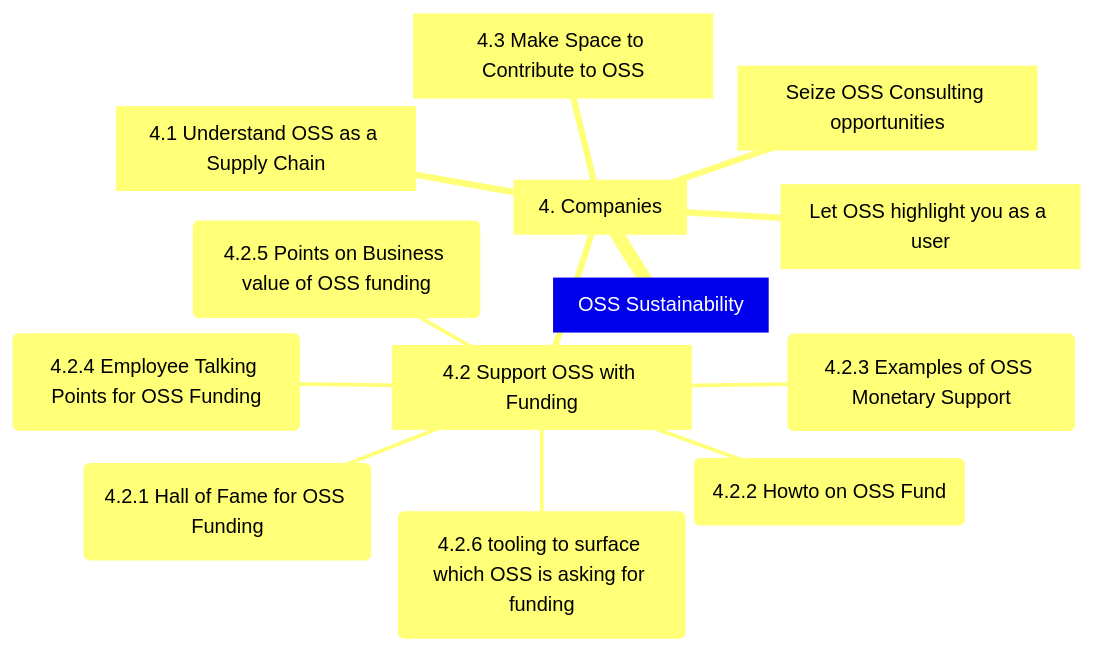
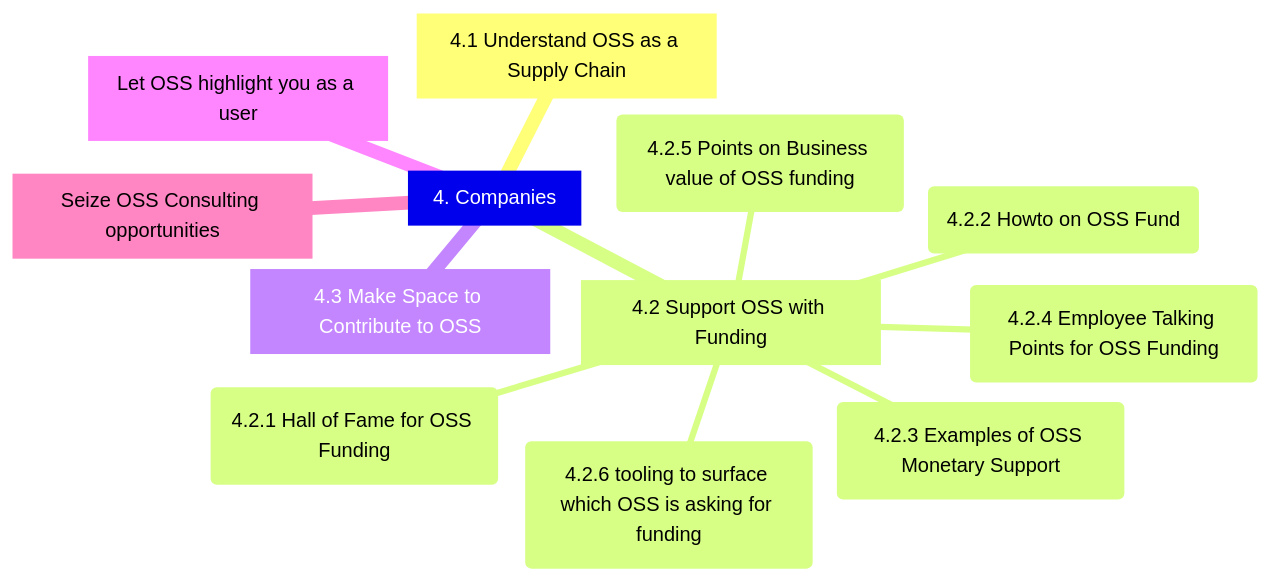
One commit to AWiderDotNET/home changed the fourth of 8 diagrams in README.md. Above: the diagram before and after it, drawn with Mermaid. The commit also changed other lines of this file, not shown here.

````diff
--- a/README.md
+++ b/README.md
@@ -74,16 +71,15 @@
 ```mermaid
 mindmap
-  root[OSS Sustainability]
-    4[4. Companies]
-      4.1[4.1 Understand OSS as a Supply Chain]
-      4.2[4.2 Support OSS with Funding]
-        4.2.1(4.2.1 Hall of Fame for OSS Funding)
-        4.2.2(4.2.2 Howto on OSS Fund)
-        4.2.3(4.2.3 Examples of OSS Monetary Support)
-        4.2.4(4.2.4 Employee Talking Points for OSS Funding)
-        4.2.5(4.2.5 Points on Business value of OSS funding)
-        4.2.6(4.2.6 tooling to surface which OSS is asking for funding)
-      4.3[4.3 Make Space to Contribute to OSS]
-      4.4[Let OSS highlight you as a user]
-      4.5[Seize OSS Consulting opportunities]
+  4[4. Companies]
+    4.1[4.1 Understand OSS as a Supply Chain]
+    4.2[4.2 Support OSS with Funding]
+      4.2.1(4.2.1 Hall of Fame for OSS Funding)
+      4.2.2(4.2.2 Howto on OSS Fund)
+      4.2.3(4.2.3 Examples of OSS Monetary Support)
+      4.2.4(4.2.4 Employee Talking Points for OSS Funding)
+      4.2.5(4.2.5 Points on Business value of OSS funding)
+      4.2.6(4.2.6 tooling to surface which OSS is asking for funding)
+    4.3[4.3 Make Space to Contribute to OSS]
+    4.4[Let OSS highlight you as a user]
+    4.5[Seize OSS Consulting opportunities]
 ```
````
